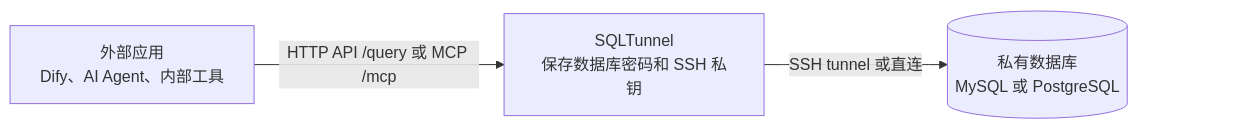
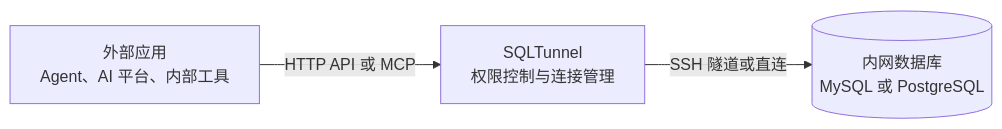
The diagram in README.zh-CN.md (NemoAlex/SQLTunnel), drawn with Mermaid before and after one commit. The commit also changed other lines of this file and 5 other files, not shown here.

````diff
--- a/README.zh-CN.md
+++ b/README.zh-CN.md
@@ -27,14 +20,9 @@
 ```mermaid
 flowchart LR
-  ExternalApp["外部应用<br/>Dify、AI Agent、内部工具"]
-  SQLTunnel["SQLTunnel<br/>保存数据库密码和 SSH 私钥"]
-  Database[("私有数据库<br/>MySQL 或 PostgreSQL")]
-  Padding[" "]
+  ExternalApp["外部应用<br/>Agent、AI 平台、内部工具"]
+  SQLTunnel["SQLTunnel<br/>权限控制与连接管理"]
+  Database[("内网数据库<br/>MySQL 或 PostgreSQL")]
 
-  ExternalApp -->|"HTTP API /query 或 MCP /mcp"| SQLTunnel
-  SQLTunnel -->|"SSH tunnel 或直连"| Database
-  Database ~~~ Padding
-
-  style Padding fill:transparent,stroke:transparent
-  linkStyle 2 stroke:transparent
+  ExternalApp -->|"HTTP API 或 MCP"| SQLTunnel
+  SQLTunnel -->|"SSH 隧道或直连"| Database
 ```
````
